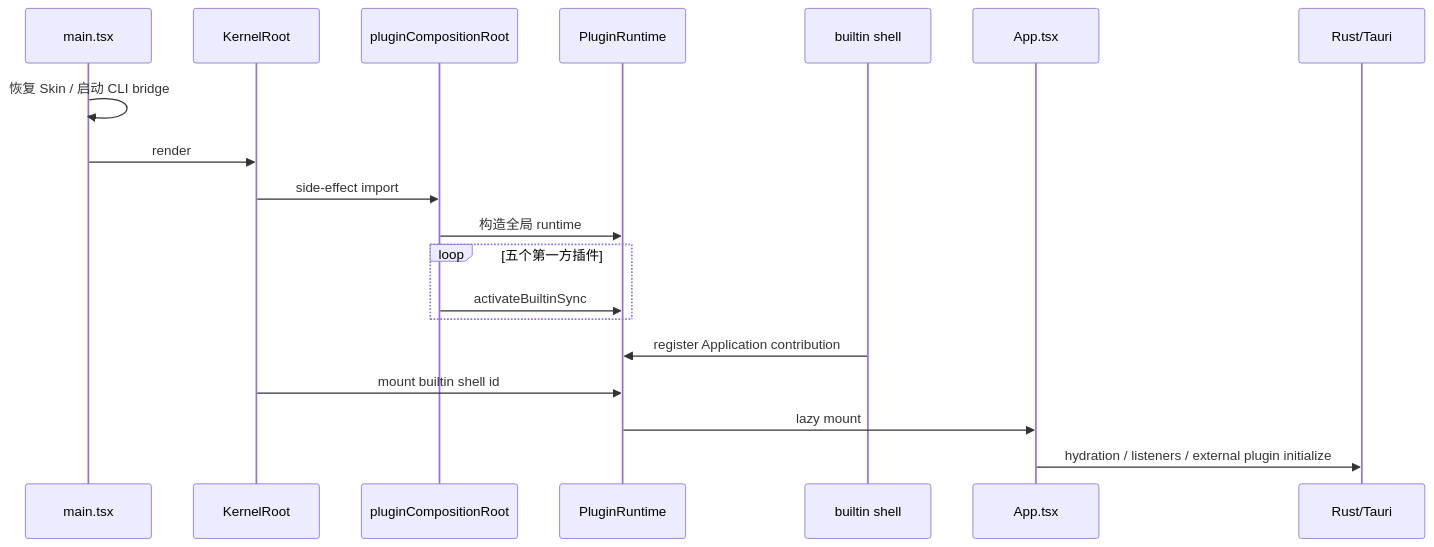
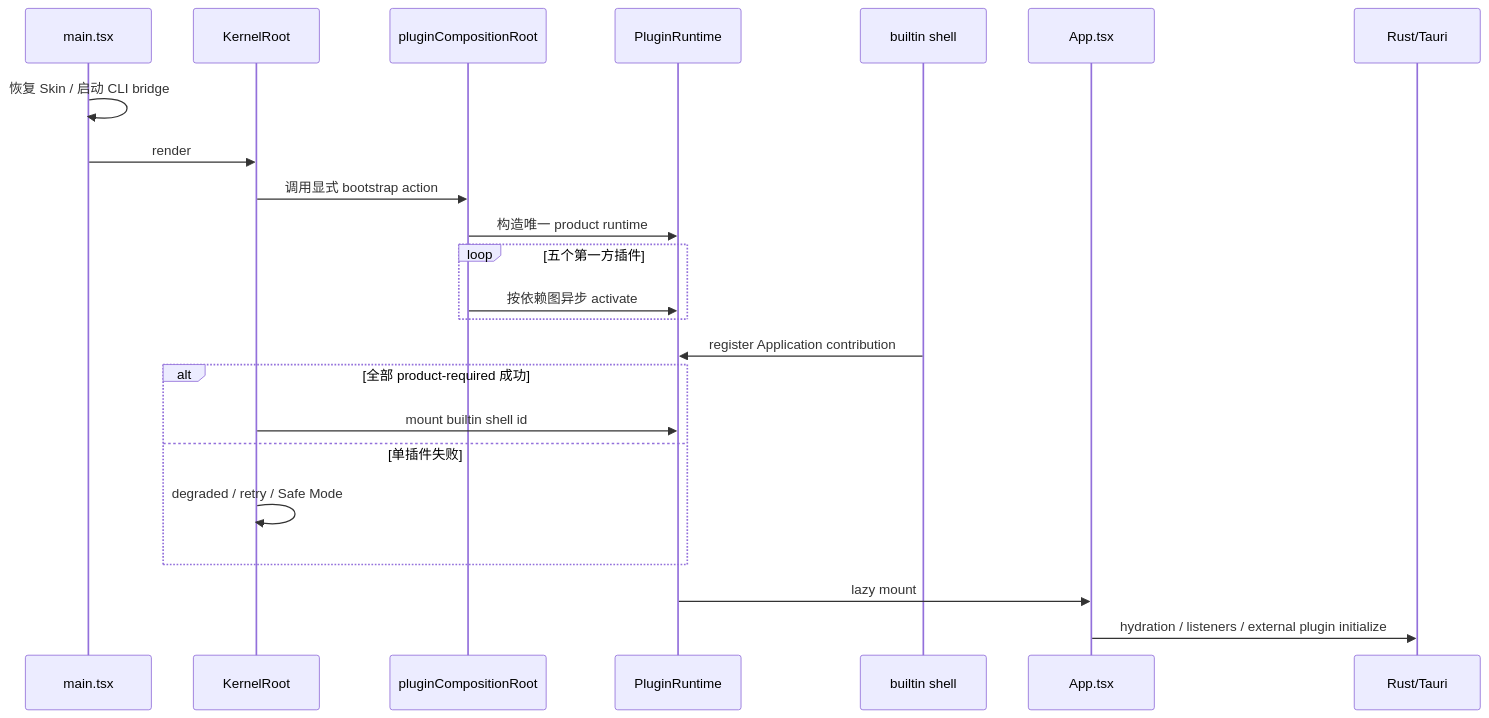
Before and after one commit to AlchemistCxC/Pylon-co-works: the second of 7 diagrams in docs/Pylon-项目架构参考.md, drawn with Mermaid. The commit also changed other lines of this file and 2 other files, not shown here.

Commit message:
docs: close kernel hardening validation ledger

````diff
--- a/docs/Pylon-项目架构参考.md
+++ b/docs/Pylon-项目架构参考.md
@@ -104,22 +109,26 @@
 ```mermaid
 sequenceDiagram
   participant Main as main.tsx
   participant Kernel as KernelRoot
   participant Composition as pluginCompositionRoot
   participant Runtime as PluginRuntime
   participant Shell as builtin shell
   participant App as App.tsx
   participant Tauri as Rust/Tauri
 
   Main->>Main: 恢复 Skin / 启动 CLI bridge
   Main->>Kernel: render
-  Kernel->>Composition: side-effect import
-  Composition->>Runtime: 构造全局 runtime
+  Kernel->>Composition: 调用显式 bootstrap action
+  Composition->>Runtime: 构造唯一 product runtime
   loop 五个第一方插件
-    Composition->>Runtime: activateBuiltinSync
+    Composition->>Runtime: 按依赖图异步 activate
   end
   Shell->>Runtime: register Application contribution
-  Kernel->>Runtime: mount builtin shell id
+  alt 全部 product-required 成功
+    Kernel->>Runtime: mount builtin shell id
+  else 单插件失败
+    Kernel->>Kernel: degraded / retry / Safe Mode
+  end
   Runtime->>App: lazy mount
   App->>Tauri: hydration / listeners / external plugin initialize
 ```
````
